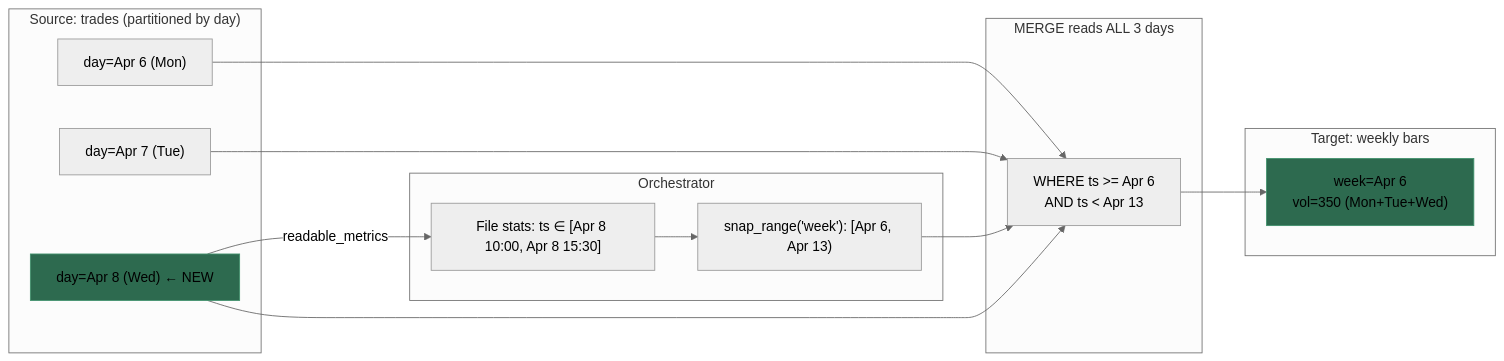
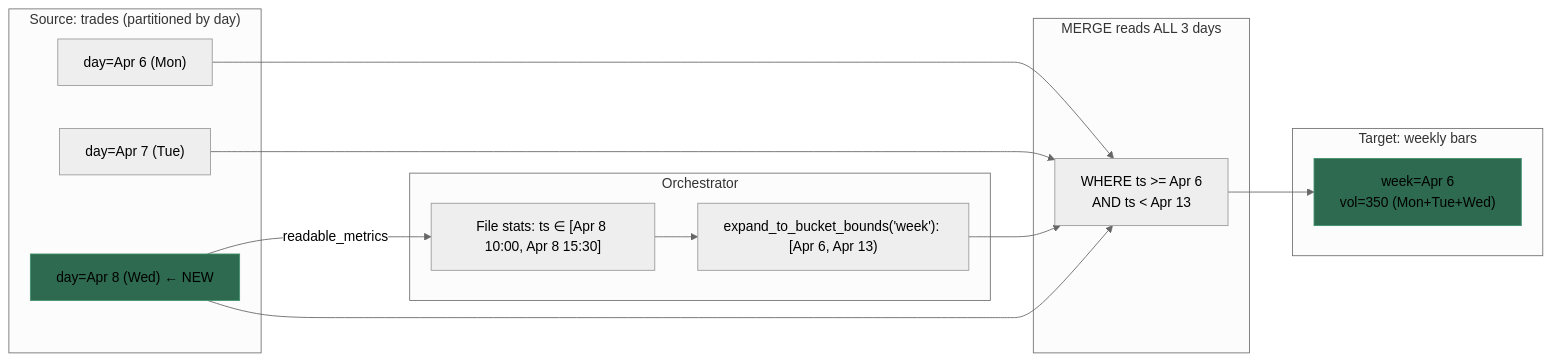
One commit to jonasbrami/iceberg-ivm changed the fourth of 4 diagrams in README.md. Above: the diagram before and after it, drawn with Mermaid (neutral theme). The commit also changed other lines of this file and 7 other files, not shown here.

First line of the commit message:
refactor: rename snap_range to expand_to_bucket_bounds

````diff
--- a/README.md
+++ b/README.md
@@ -329,32 +329,32 @@
 ```mermaid
 graph LR
     subgraph "Source: trades (partitioned by day)"
         D1["day=Apr 6 (Mon)"]
         D2["day=Apr 7 (Tue)"]
         D3["day=Apr 8 (Wed) ← NEW"]
     end
 
     subgraph Orchestrator
         FS["File stats: ts ∈ [Apr 8 10:00, Apr 8 15:30]"]
-        SR["snap_range('week'): [Apr 6, Apr 13)"]
+        SR["expand_to_bucket_bounds('week'): [Apr 6, Apr 13)"]
         FS --> SR
     end
 
     subgraph "MERGE reads ALL 3 days"
         Q["WHERE ts >= Apr 6<br/>AND ts < Apr 13"]
     end
 
     subgraph "Target: weekly bars"
         W["week=Apr 6<br/>vol=350 (Mon+Tue+Wed)"]
     end
 
     D3 -->|"readable_metrics"| FS
     SR --> Q
     D1 --> Q
     D2 --> Q
     D3 --> Q
     Q --> W
 
     style D3 fill:#2d6a4f,stroke:#40916c
     style W fill:#2d6a4f,stroke:#40916c
 ```
````
